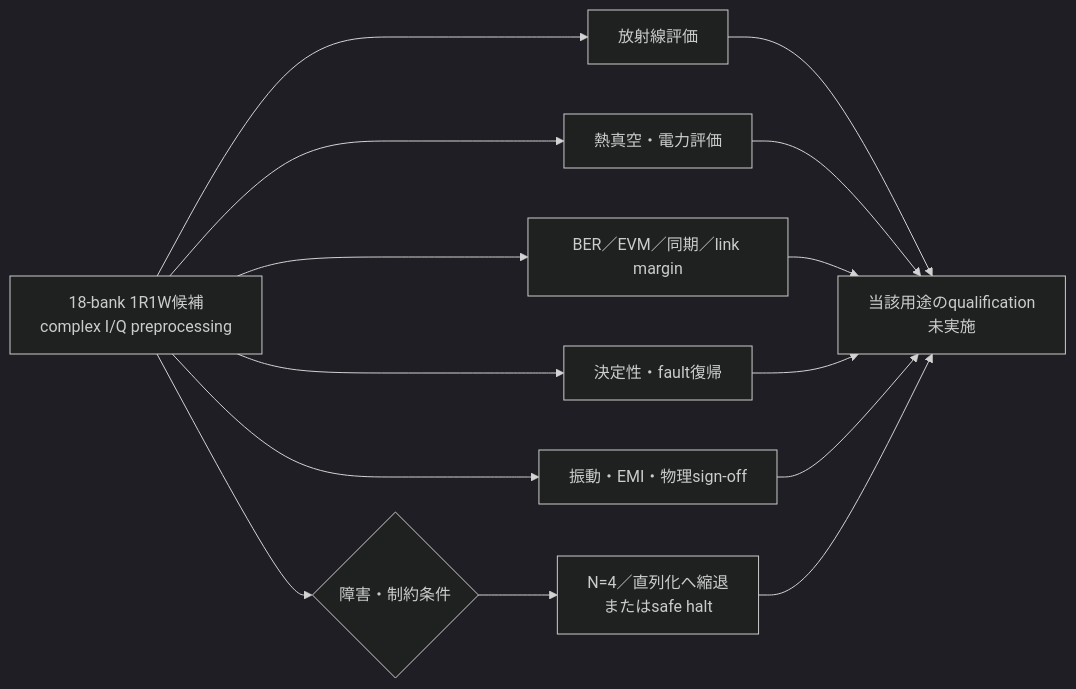
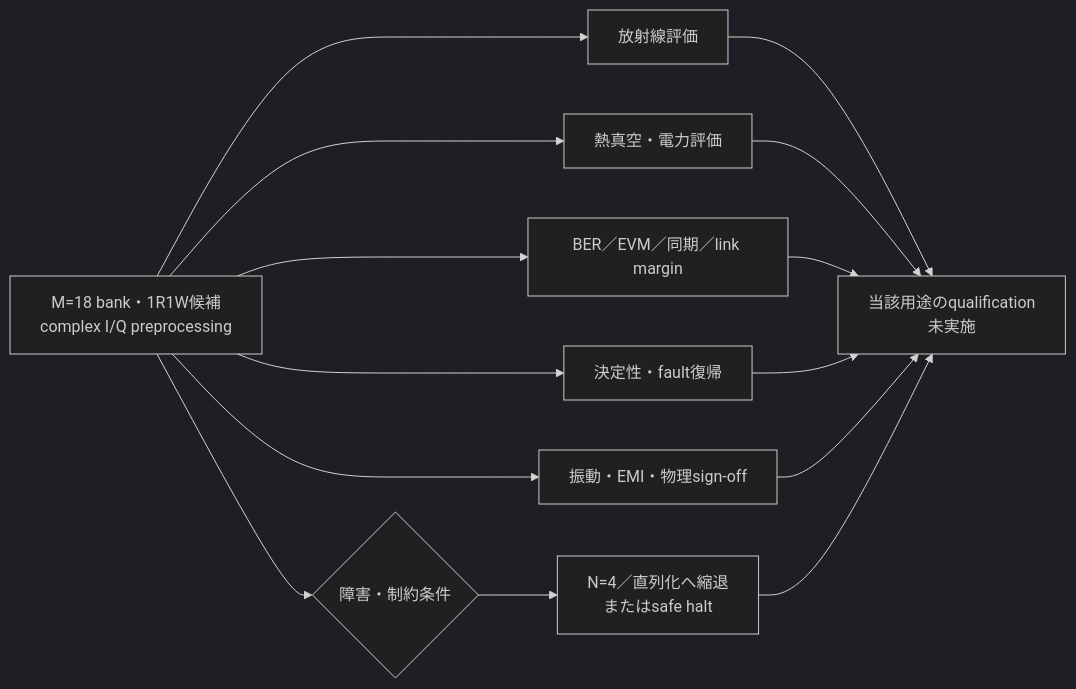
One commit to HN19781124/banked-stencil-multicast changed the eighth of 8 diagrams in README.md. Above: the diagram before and after it, drawn with Mermaid (dark theme). The commit also changed other lines of this file and 36 other files, not shown here.

````diff
--- a/README.md
+++ b/README.md
@@ -696,16 +696,16 @@
 ```mermaid
 flowchart LR
-    C[18-bank 1R1W候補<br/>complex I/Q preprocessing] --> R[放射線評価]
+    C[M=18 bank・1R1W候補<br/>complex I/Q preprocessing] --> R[放射線評価]
     C --> T[熱真空・電力評価]
     C --> L[BER／EVM／同期／link margin]
     C --> D[決定性・fault復帰]
     C --> P[振動・EMI・物理sign-off]
     C --> F{障害・制約条件}
     F --> B[N=4／直列化へ縮退<br/>またはsafe halt]
     R --> Q[当該用途のqualification<br/>未実施]
     T --> Q
     L --> Q
     D --> Q
     P --> Q
     B --> Q
 ```
````
